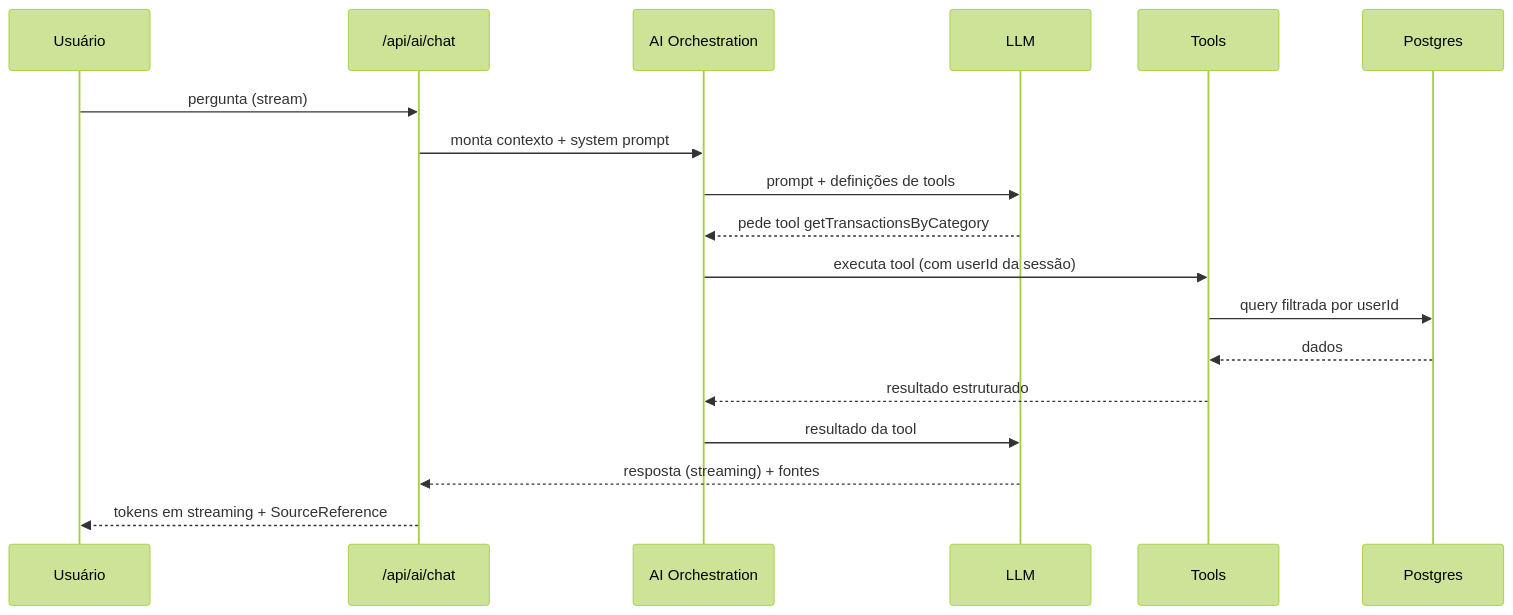
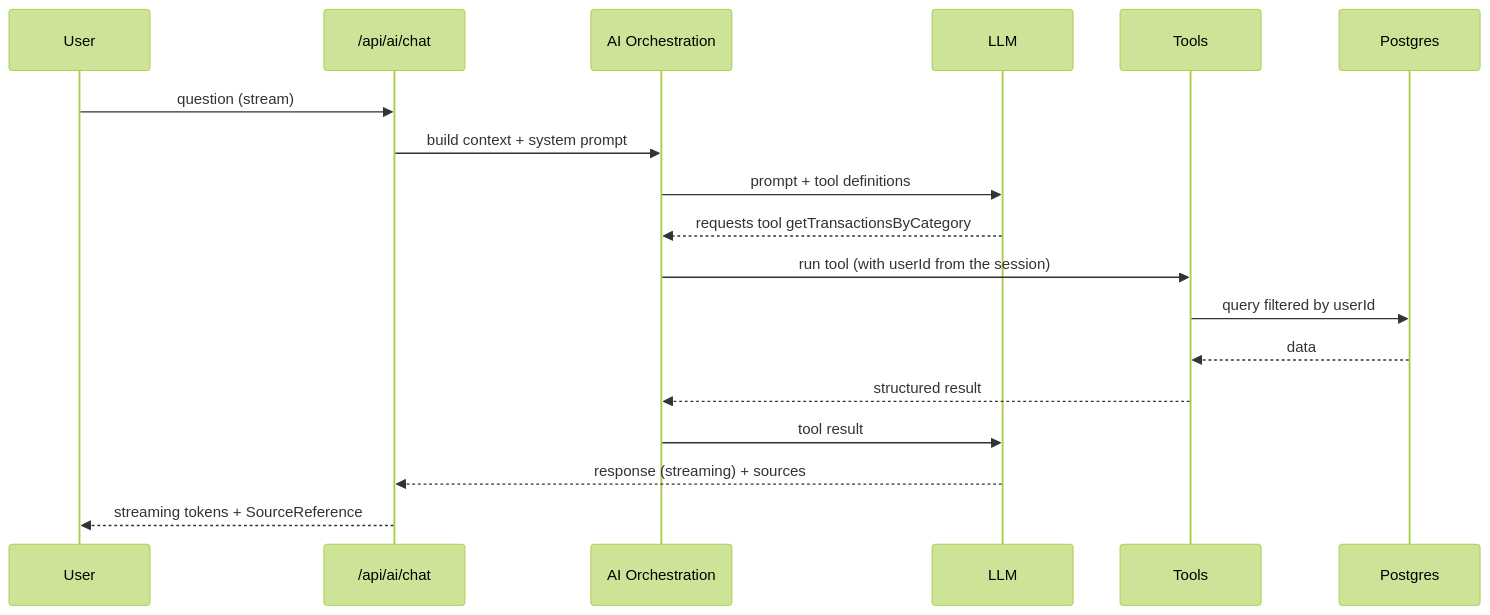
One commit to fernandaquerino/finsight-ai changed the second of 3 diagrams in docs/architecture.md. Above: the diagram before and after it, drawn with Mermaid (forest theme). The commit also changed other lines of this file and 9 other files, not shown here.

````diff
--- a/docs/architecture.md
+++ b/docs/architecture.md
@@ -422,21 +423,21 @@
 ```mermaid
 sequenceDiagram
-  participant U as Usuário
+  participant U as User
   participant API as /api/ai/chat
   participant AI as AI Orchestration
   participant LLM as LLM
   participant T as Tools
   participant DB as Postgres
 
-  U->>API: pergunta (stream)
-  API->>AI: monta contexto + system prompt
-  AI->>LLM: prompt + definições de tools
-  LLM-->>AI: pede tool getTransactionsByCategory
-  AI->>T: executa tool (com userId da sessão)
-  T->>DB: query filtrada por userId
-  DB-->>T: dados
-  T-->>AI: resultado estruturado
-  AI->>LLM: resultado da tool
-  LLM-->>API: resposta (streaming) + fontes
-  API-->>U: tokens em streaming + SourceReference
+  U->>API: question (stream)
+  API->>AI: build context + system prompt
+  AI->>LLM: prompt + tool definitions
+  LLM-->>AI: requests tool getTransactionsByCategory
+  AI->>T: run tool (with userId from the session)
+  T->>DB: query filtered by userId
+  DB-->>T: data
+  T-->>AI: structured result
+  AI->>LLM: tool result
+  LLM-->>API: response (streaming) + sources
+  API-->>U: streaming tokens + SourceReference
 ```
````
